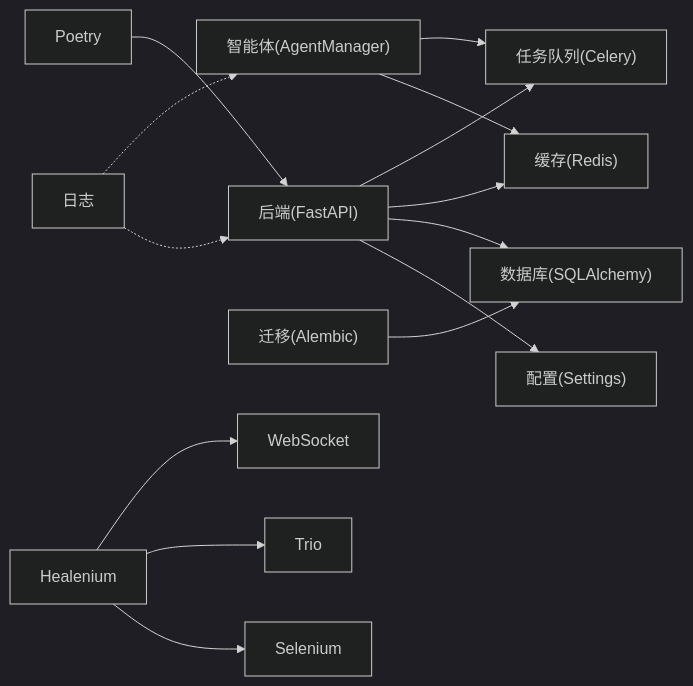
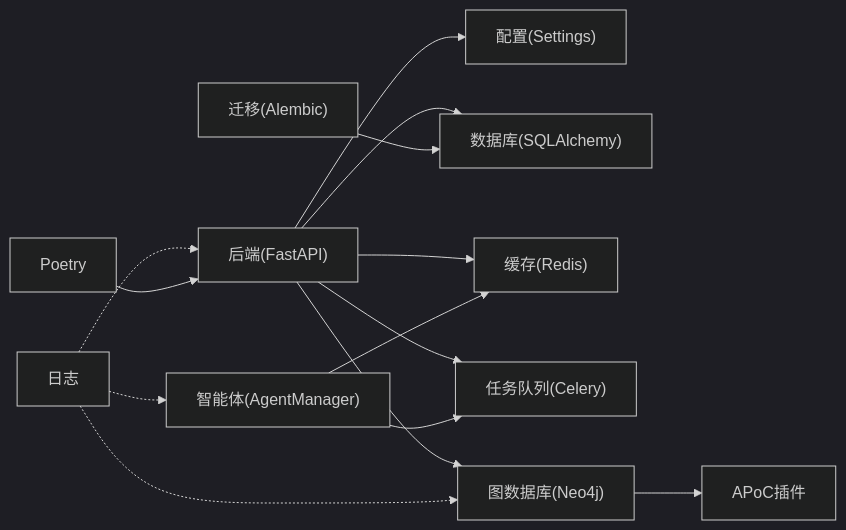
One commit to xfbyxq/ai-novel-system changed the fifth of 5 diagrams in .qoder/repowiki/zh/content/部署与运维/部署与运维.md. Above: the diagram before and after it, drawn with Mermaid (dark theme). The commit also changed other lines of this file and 19 other files, not shown here.

First line of the commit message:
feat(graph): 新增图数据库完整支持与AI聊天集成

````diff
--- a/.qoder/repowiki/zh/content/部署与运维/部署与运维.md
+++ b/.qoder/repowiki/zh/content/部署与运维/部署与运维.md
@@ -391,16 +378,16 @@
 ```mermaid
 graph LR
 BE["后端(FastAPI)"] --> CFG["配置(Settings)"]
 BE --> DB["数据库(SQLAlchemy)"]
 BE --> RC["缓存(Redis)"]
 BE --> CW["任务队列(Celery)"]
+BE --> GD["图数据库(Neo4j)"]
 AG["智能体(AgentManager)"] --> RC
 AG --> CW
+GD --> APOC["APoC插件"]
 LOG["日志"] -.-> BE
 LOG -.-> AG
+LOG -.-> GD
 MIG["迁移(Alembic)"] --> DB
-HT["Healenium"] --> SE["Selenium"]
-HT --> TR["Trio"]
-HT --> WS["WebSocket"]
 PY["Poetry"] --> BE
 ```
````
